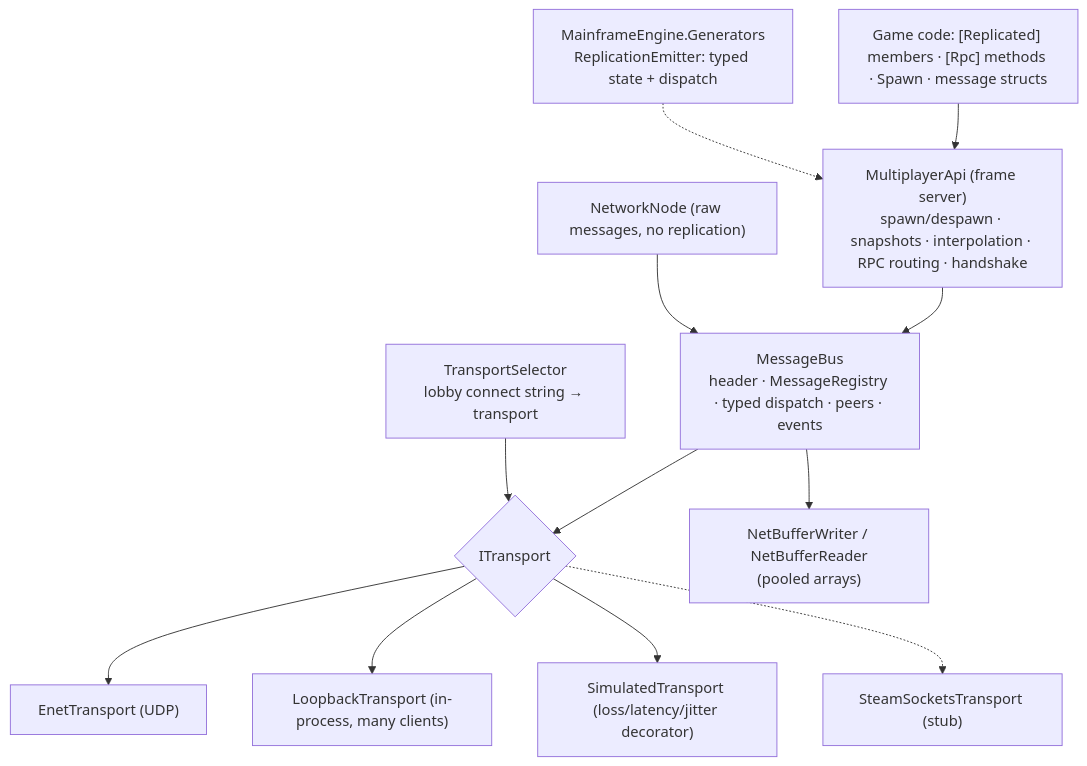
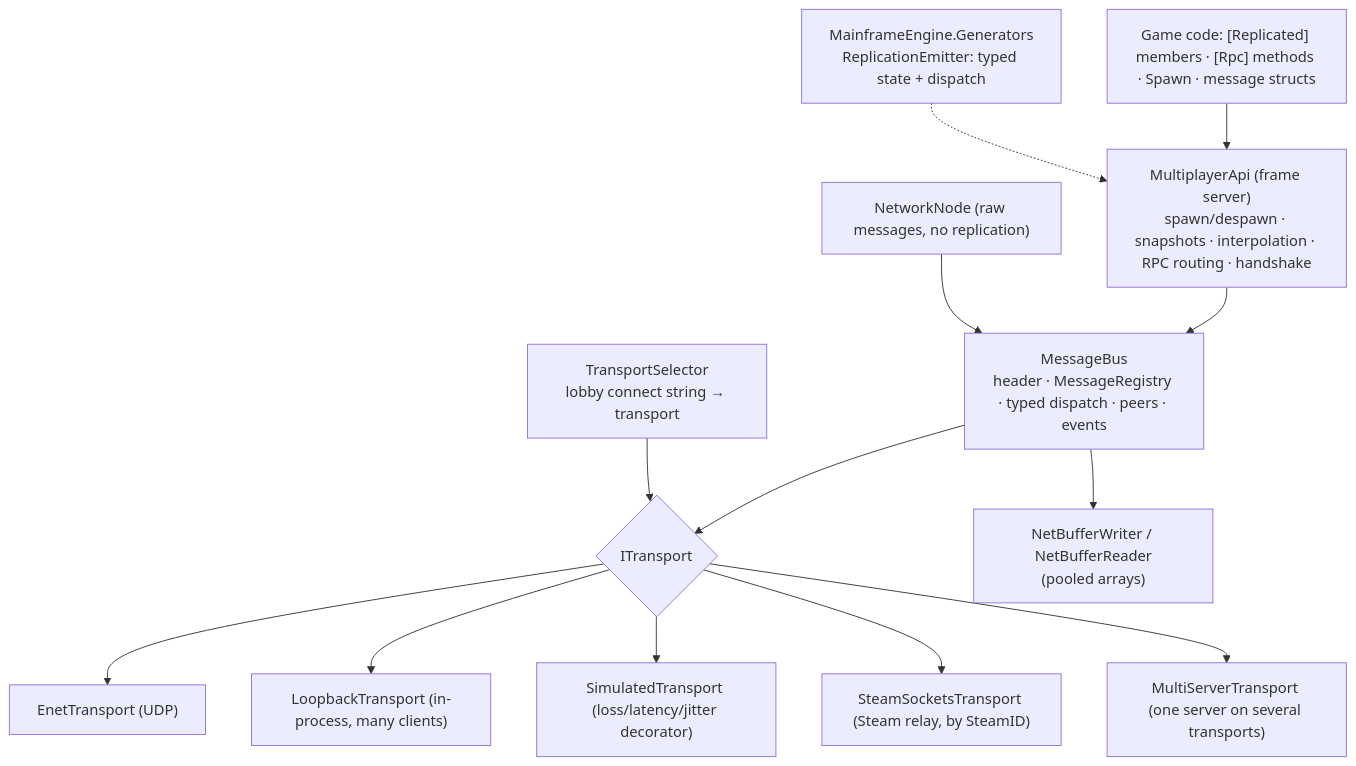
One commit to Mainframe-Games/mainframe-engine changed the first of 4 diagrams in docs/design/networking.md. Above: the diagram before and after it, drawn with Mermaid. The commit also changed other lines of this file and 13 other files, not shown here.

First line of the commit message:
Networking: SteamSocketsTransport on Steam relay sockets (#128)

````diff
--- a/docs/design/networking.md
+++ b/docs/design/networking.md
@@ -13,14 +13,15 @@
 ```mermaid
 flowchart TB
     G["Game code: [Replicated] members · [Rpc] methods · Spawn · message structs"] --> MP
     MP["MultiplayerApi (frame server)<br/>spawn/despawn · snapshots · interpolation · RPC routing · handshake"] --> B
     GEN["MainframeEngine.Generators<br/>ReplicationEmitter: typed state + dispatch"] -.-> MP
     NN["NetworkNode (raw messages, no replication)"] --> B
     B["MessageBus<br/>header · MessageRegistry · typed dispatch · peers · events"] --> T{"ITransport"}
     T --> E["EnetTransport (UDP)"]
     T --> L["LoopbackTransport (in-process, many clients)"]
     T --> SIM["SimulatedTransport (loss/latency/jitter decorator)"]
-    T -.-> S["SteamSocketsTransport (stub)"]
+    T --> S["SteamSocketsTransport (Steam relay, by SteamID)"]
+    T --> M["MultiServerTransport (one server on several transports)"]
     SEL["TransportSelector<br/>lobby connect string → transport"] --> T
     B --> W["NetBufferWriter / NetBufferReader<br/>(pooled arrays)"]
 ```
````
